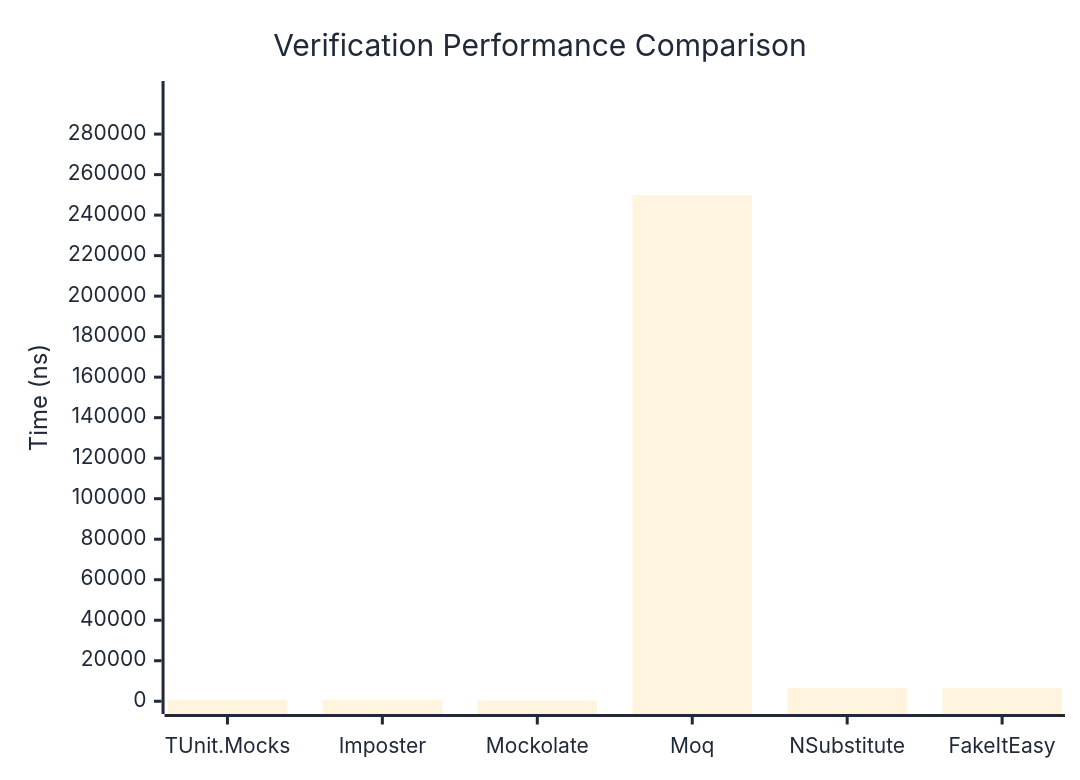
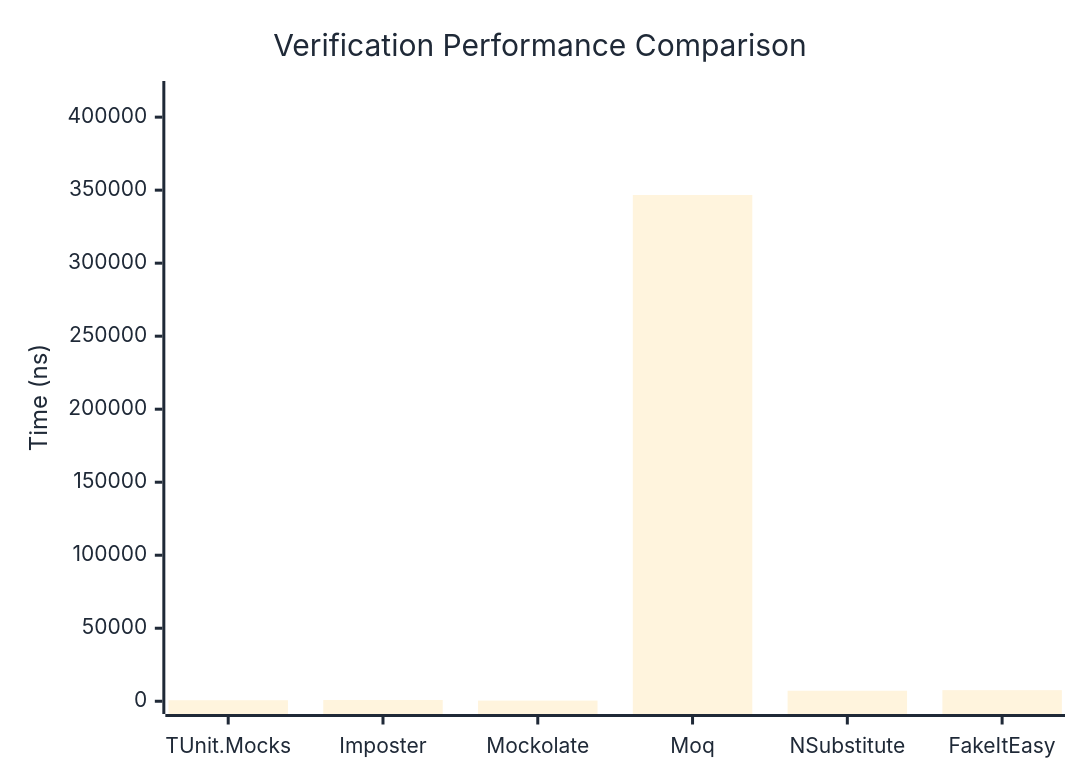
One commit to thomhurst/TUnit changed the first of 3 diagrams in docs/docs/benchmarks/mocks/Verification.md. Above: the diagram before and after it, drawn with Mermaid. The commit also changed other lines of this file and 14 other files, not shown here.

````diff
--- a/docs/docs/benchmarks/mocks/Verification.md
+++ b/docs/docs/benchmarks/mocks/Verification.md
@@ -30,27 +30,27 @@
 ```mermaid
 %%{init: {
   'theme':'base',
   'themeVariables': {
     'primaryColor': '#2563eb',
     'primaryTextColor': '#1f2937',
     'primaryBorderColor': '#1e40af',
     'lineColor': '#6b7280',
     'secondaryColor': '#7c3aed',
     'tertiaryColor': '#dc2626',
     'background': '#ffffff',
     'pie1': '#2563eb',
     'pie2': '#7c3aed',
     'pie3': '#dc2626',
     'pie4': '#f59e0b',
     'pie5': '#10b981',
     'pie6': '#06b6d4',
     'pie7': '#ec4899',
     'pie8': '#6366f1'
   }
 }}%%
 xychart-beta
   title "Verification Performance Comparison"
   x-axis ["TUnit.Mocks", "Imposter", "Mockolate", "Moq", "NSubstitute", "FakeItEasy"]
-  y-axis "Time (ns)" 0 --> 299922
-  bar [747.85, 688.13, 391.02, 249934.43, 6537.3, 6559.09]
+  y-axis "Time (ns)" 0 --> 416023
+  bar [712.4, 842.11, 453.26, 346685.21, 7202.64, 7593.69]
 ```
````
